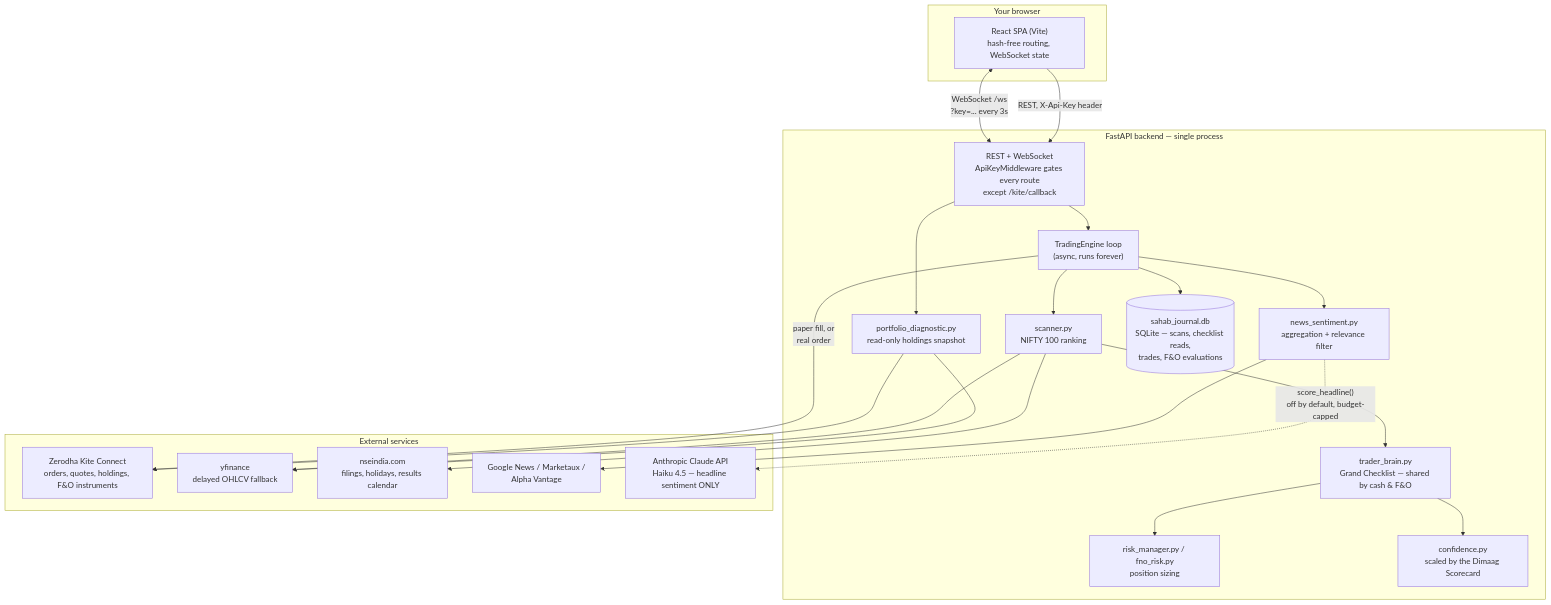
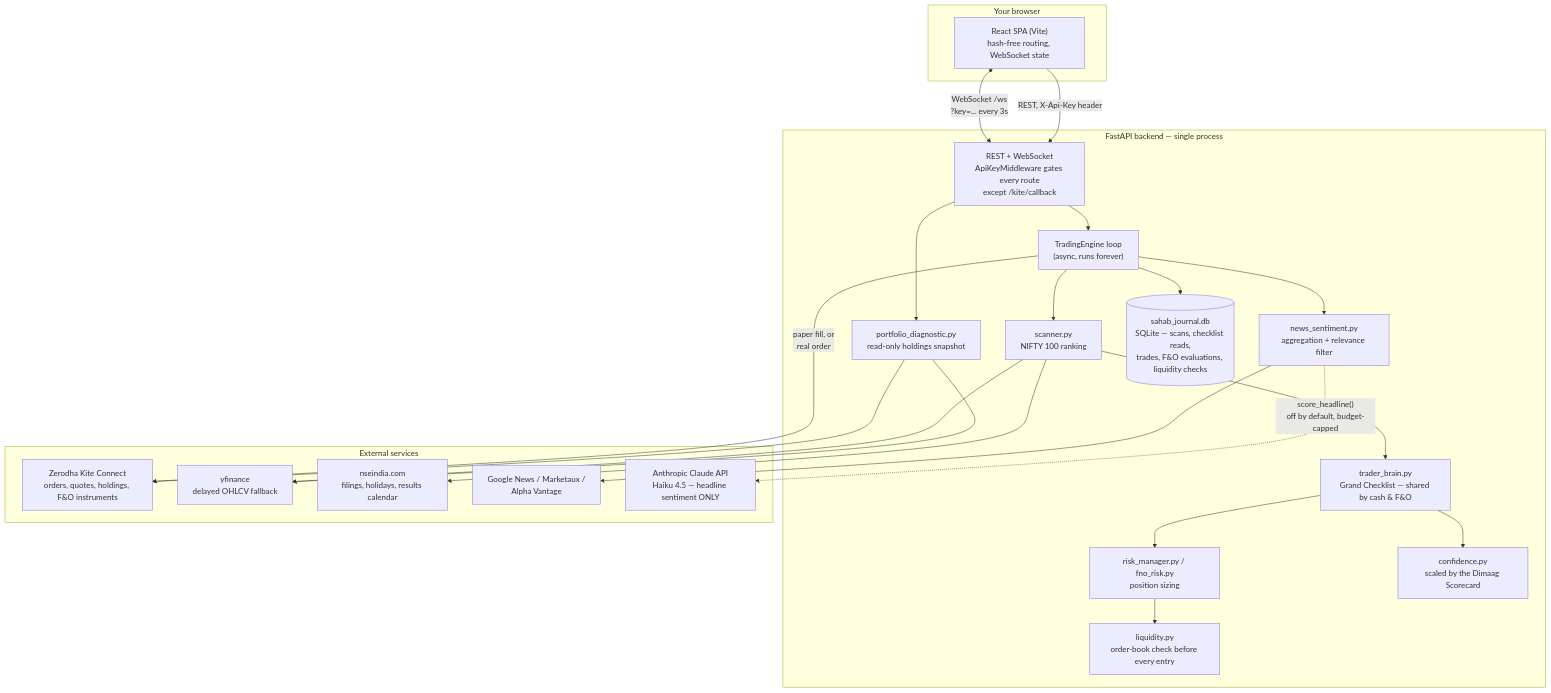
Before and after one commit to harshece16/intraday-trading-agent: the first of 4 diagrams in README.md, drawn with Mermaid. The commit also changed other lines of this file, not shown here.

````diff
--- a/README.md
+++ b/README.md
@@ -3172,42 +3181,43 @@
 ```mermaid
 flowchart TB
     subgraph Client["Your browser"]
         SPA["React SPA (Vite)\nhash-free routing, WebSocket state"]
     end
 
     subgraph Backend["FastAPI backend — single process"]
         API["REST + WebSocket\nApiKeyMiddleware gates every route\nexcept /kite/callback"]
         Engine["TradingEngine loop\n(async, runs forever)"]
         Scanner["scanner.py\nNIFTY 100 ranking"]
         Brain["trader_brain.py\nGrand Checklist — shared by cash & F&O"]
         Risk["risk_manager.py / fno_risk.py\nposition sizing"]
         Conf["confidence.py\nscaled by the Dimaag Scorecard"]
+        Liq["liquidity.py\norder-book check before every entry"]
         News["news_sentiment.py\naggregation + relevance filter"]
         Diag["portfolio_diagnostic.py\nread-only holdings snapshot"]
-        DB[("sahab_journal.db\nSQLite — scans, checklist reads,\ntrades, F&O evaluations")]
+        DB[("sahab_journal.db\nSQLite — scans, checklist reads,\ntrades, F&O evaluations, liquidity checks")]
     end
 
     subgraph External["External services"]
         Kite["Zerodha Kite Connect\norders, quotes, holdings, F&O instruments"]
         YF["yfinance\ndelayed OHLCV fallback"]
         NSE["nseindia.com\nfilings, holidays, results calendar"]
         NewsAPIs["Google News / Marketaux /\nAlpha Vantage"]
         Claude["Anthropic Claude API\nHaiku 4.5 — headline sentiment ONLY"]
     end
 
     SPA <-->|"WebSocket /ws\n?key=... every 3s"| API
     SPA -->|"REST, X-Api-Key header"| API
     API --> Engine
-    Engine --> Scanner --> Brain --> Risk
+    Engine --> Scanner --> Brain --> Risk --> Liq
     Brain --> Conf
     Engine -->|"paper fill, or\nreal order"| Kite
     Scanner --> YF
     Scanner --> NSE
     Engine --> News
     News --> NewsAPIs
     News -.->|"score_headline()\noff by default, budget-capped"| Claude
     Engine --> DB
     API --> Diag
     Diag --> Kite
     Diag --> YF
 ```
````
